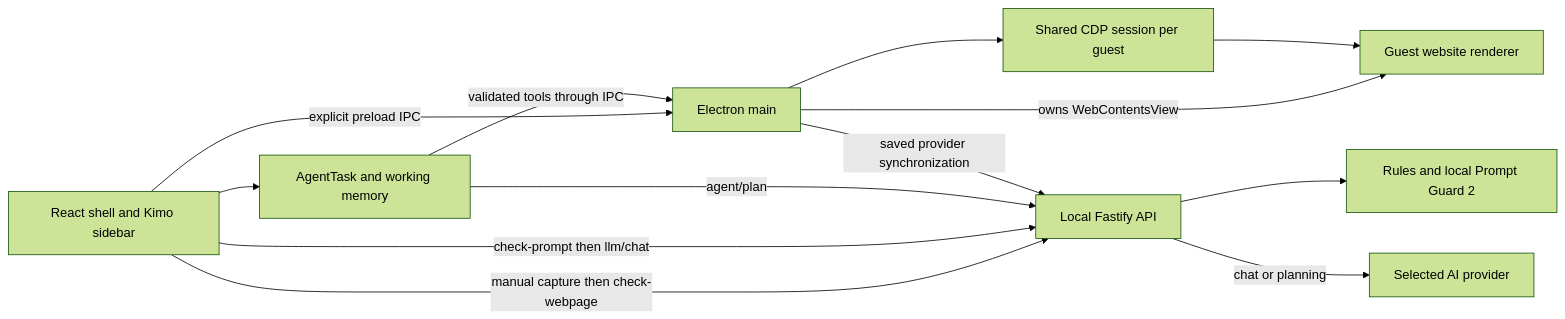
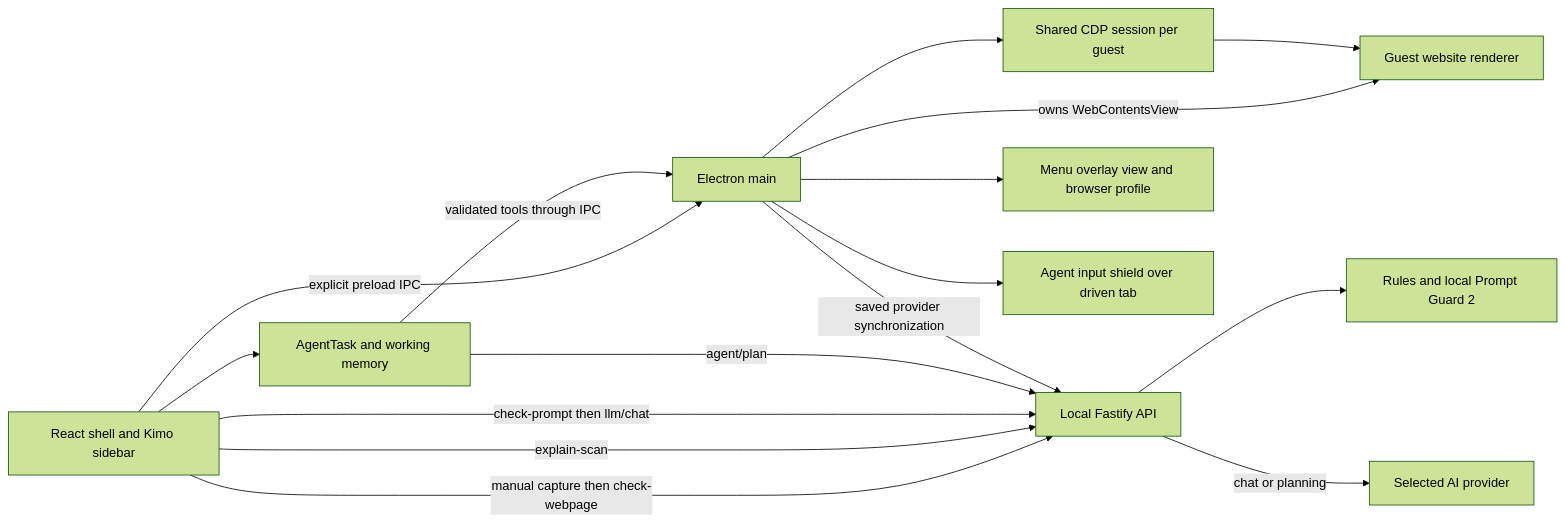
Before and after one commit to Salmantahir002/Orbit-AI-browser: the diagram in ARCHITECTURE.md, drawn with Mermaid (forest theme). The commit also changed other lines of this file and 47 other files, not shown here.

````diff
--- a/ARCHITECTURE.md
+++ b/ARCHITECTURE.md
@@ -27,15 +29,18 @@
 ```mermaid
 flowchart LR
   UI[React shell and Kimo sidebar] -->|explicit preload IPC| MAIN[Electron main]
   MAIN -->|owns WebContentsView| PAGE[Guest website renderer]
   MAIN --> CDP[Shared CDP session per guest]
   CDP --> PAGE
   UI -->|manual capture then check-webpage| API[Local Fastify API]
+  UI -->|explain-scan| API
+  MAIN --> OVERLAY[Menu overlay view and browser profile]
+  MAIN --> SHIELD[Agent input shield over driven tab]
   UI -->|check-prompt then llm/chat| API
   LOOP[AgentTask and working memory] -->|agent/plan| API
   UI --> LOOP
   LOOP -->|validated tools through IPC| MAIN
   MAIN -->|saved provider synchronization| API
   API --> DETECT[Rules and local Prompt Guard 2]
   API -->|chat or planning| LLM[Selected AI provider]
 ```
````
